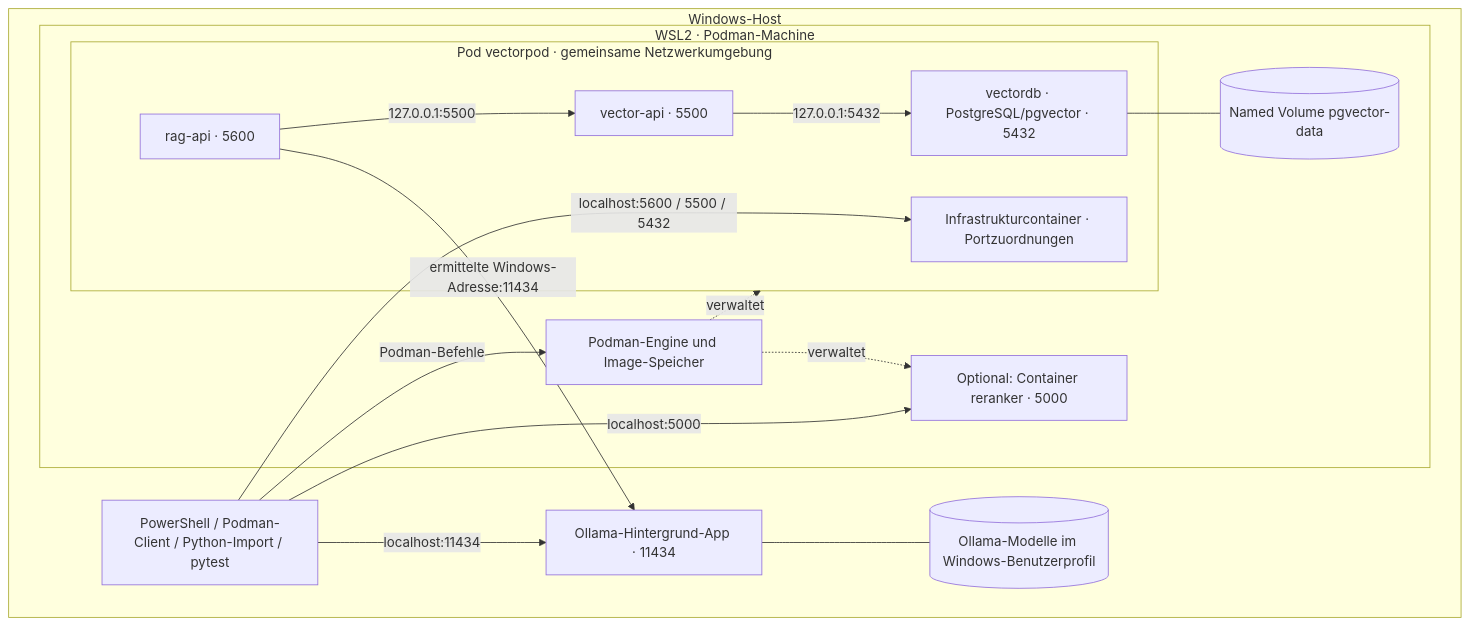
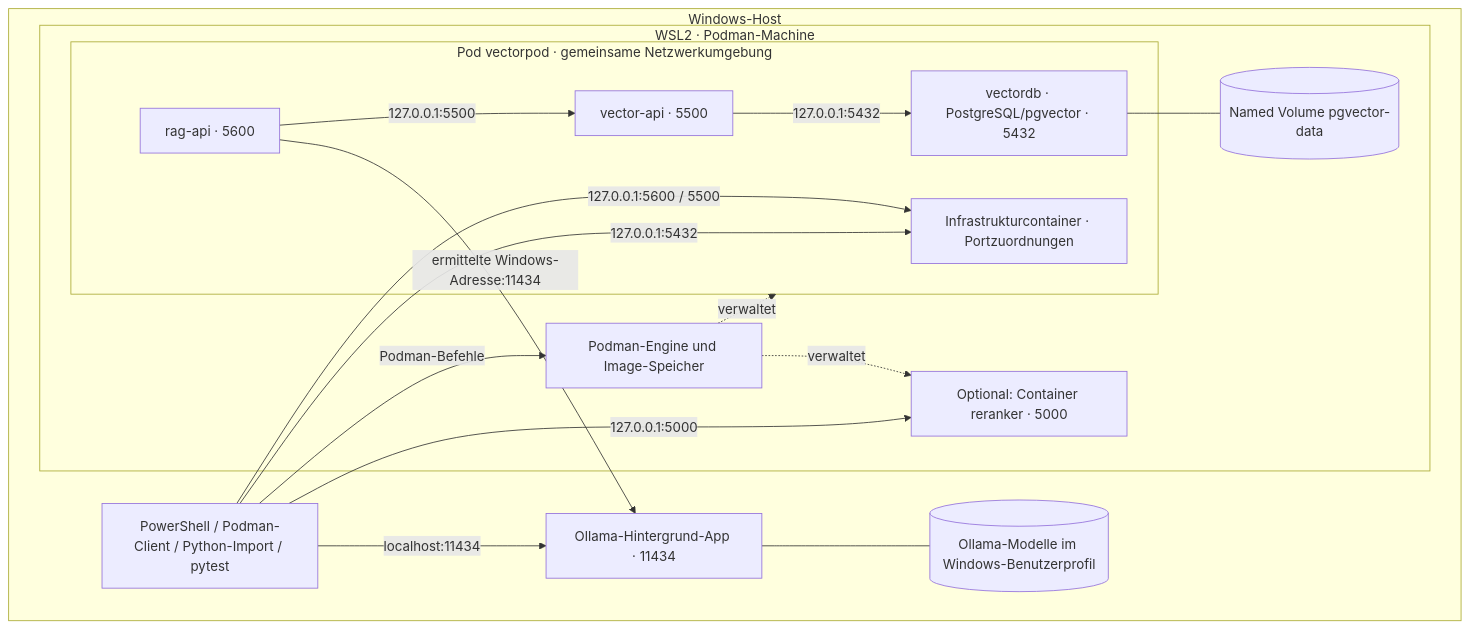
Before and after one commit to WolfgangNiebuhr/roemerrag: the diagram in docs/7-verteilungssicht.md, drawn with Mermaid. The commit also changed other lines of this file and 35 other files, not shown here.

````diff
--- a/docs/7-verteilungssicht.md
+++ b/docs/7-verteilungssicht.md
@@ -7,30 +7,31 @@
 ```mermaid
 flowchart TB
     subgraph windows["Windows-Host"]
         cli["PowerShell / Podman-Client / Python-Import / pytest"]
         ollama["Ollama-Hintergrund-App · 11434"]
         models[("Ollama-Modelle im Windows-Benutzerprofil")]
         subgraph wsl["WSL2 · Podman-Machine"]
             engine["Podman-Engine und Image-Speicher"]
             subgraph pod["Pod vectorpod · gemeinsame Netzwerkumgebung"]
                 infra["Infrastrukturcontainer · Portzuordnungen"]
                 db["vectordb · PostgreSQL/pgvector · 5432"]
                 vector["vector-api · 5500"]
                 rag["rag-api · 5600"]
                 rag -->|"127.0.0.1:5500"| vector
                 vector -->|"127.0.0.1:5432"| db
             end
             volume[("Named Volume pgvector-data")]
             rerank["Optional: Container reranker · 5000"]
             db --- volume
             engine -. verwaltet .-> pod
             engine -. verwaltet .-> rerank
         end
         cli -->|"Podman-Befehle"| engine
-        cli -->|"localhost:5600 / 5500 / 5432"| infra
-        cli -->|"localhost:5000"| rerank
+        cli -->|"127.0.0.1:5600 / 5500"| infra
+        cli -->|"127.0.0.1:5432"| infra
+        cli -->|"127.0.0.1:5000"| rerank
         cli -->|"localhost:11434"| ollama
         rag -->|"ermittelte Windows-Adresse:11434"| ollama
         ollama --- models
     end
 ```
````
